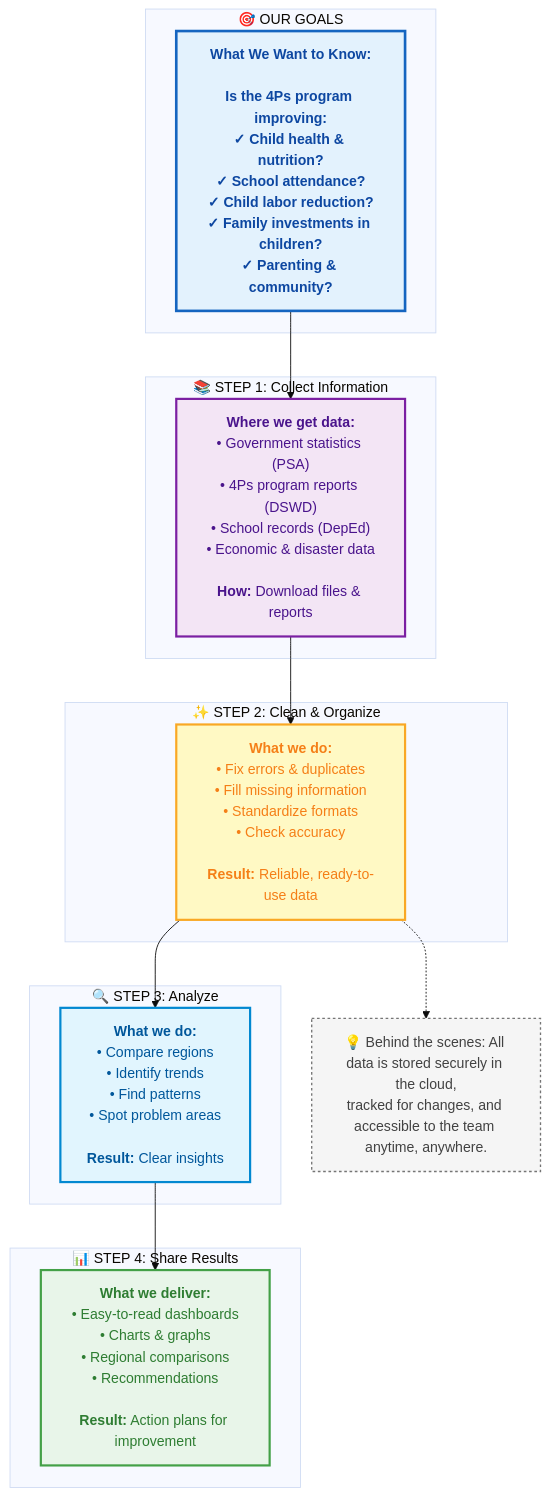
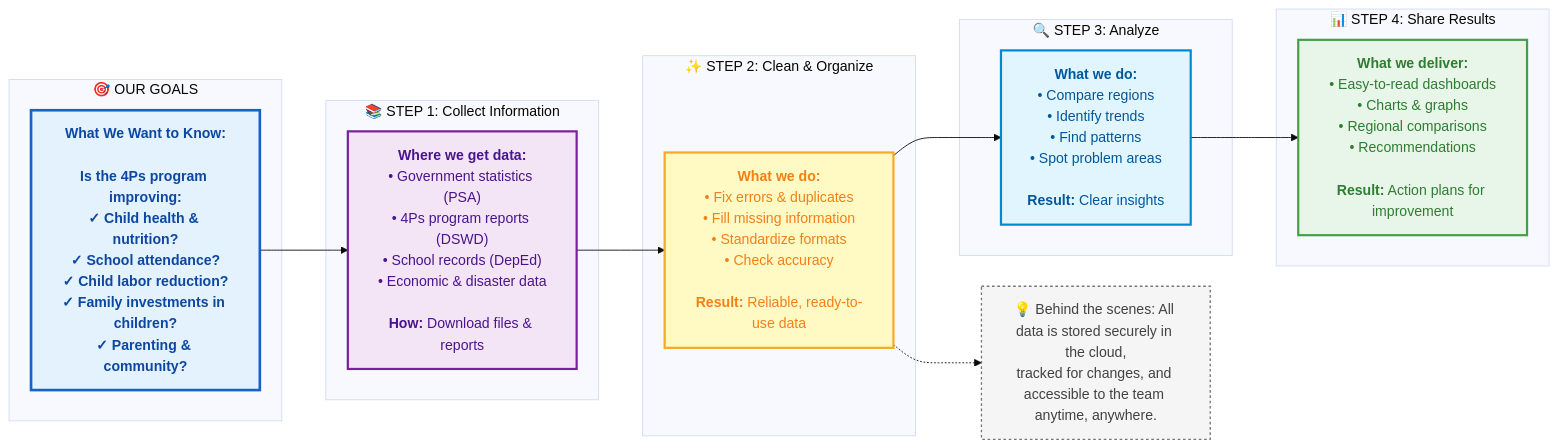
One commit to jessielynlozano/FTW-DE-Groupings changed the third of 3 diagrams in Pipeline.md. Above: the diagram before and after it, drawn with Mermaid (base theme).

Commit message:
Change graph direction in Pipeline.md

````diff
--- a/Pipeline.md
+++ b/Pipeline.md
@@ -280,53 +280,53 @@
 ```mermaid
-graph TB
+graph LR
     %% ===== PROGRAM GOALS =====
     subgraph GOALS["🎯 OUR GOALS"]
         OBJ["<b>What We Want to Know:</b><br/><br/>Is the 4Ps program improving:<br/>✓ Child health & nutrition?<br/>✓ School attendance?<br/>✓ Child labor reduction?<br/>✓ Family investments in children?<br/>✓ Parenting & community?"]
     end
     
     %% ===== STEP 1 =====
     subgraph STEP1["📚 STEP 1: Collect Information"]
         COLLECT["<b>Where we get data:</b><br/>• Government statistics (PSA)<br/>• 4Ps program reports (DSWD)<br/>• School records (DepEd)<br/>• Economic & disaster data<br/><br/><b>How:</b> Download files & reports"]
     end
     
     %% ===== STEP 2 =====
     subgraph STEP2["✨ STEP 2: Clean & Organize"]
         CLEAN["<b>What we do:</b><br/>• Fix errors & duplicates<br/>• Fill missing information<br/>• Standardize formats<br/>• Check accuracy<br/><br/><b>Result:</b> Reliable, ready-to-use data"]
     end
     
     %% ===== STEP 3 =====
     subgraph STEP3["🔍 STEP 3: Analyze"]
         ANALYZE["<b>What we do:</b><br/>• Compare regions<br/>• Identify trends<br/>• Find patterns<br/>• Spot problem areas<br/><br/><b>Result:</b> Clear insights"]
     end
     
     %% ===== STEP 4 =====
     subgraph STEP4["📊 STEP 4: Share Results"]
         RESULTS["<b>What we deliver:</b><br/>• Easy-to-read dashboards<br/>• Charts & graphs<br/>• Regional comparisons<br/>• Recommendations<br/><br/><b>Result:</b> Action plans for improvement"]
     end
     
     %% ===== SUPPORT NOTE =====
     NOTE["💡 Behind the scenes: All data is stored securely in the cloud,<br/>tracked for changes, and accessible to the team anytime, anywhere."]
     
     %% ===== FLOW =====
     OBJ --> COLLECT
     COLLECT --> CLEAN
     CLEAN --> ANALYZE
     ANALYZE --> RESULTS
     
     CLEAN -.-> NOTE
     
     %% ===== STYLING =====
     classDef goalsStyle fill:#e3f2fd,stroke:#1565c0,stroke-width:3px,color:#0d47a1,font-weight:bold;
     classDef step1Style fill:#f3e5f5,stroke:#7b1fa2,stroke-width:2.5px,color:#4a148c;
     classDef step2Style fill:#fff9c4,stroke:#f9a825,stroke-width:2.5px,color:#f57f17;
     classDef step3Style fill:#e1f5fe,stroke:#0288d1,stroke-width:2.5px,color:#01579b;
     classDef step4Style fill:#e8f5e9,stroke:#43a047,stroke-width:2.5px,color:#2e7d32;
     classDef noteStyle fill:#f5f5f5,stroke:#757575,stroke-width:1.5px,color:#424242,stroke-dasharray:3 3;
     
     class OBJ goalsStyle;
     class COLLECT step1Style;
     class CLEAN step2Style;
     class ANALYZE step3Style;
     class RESULTS step4Style;
     class NOTE noteStyle;
 ```
````
